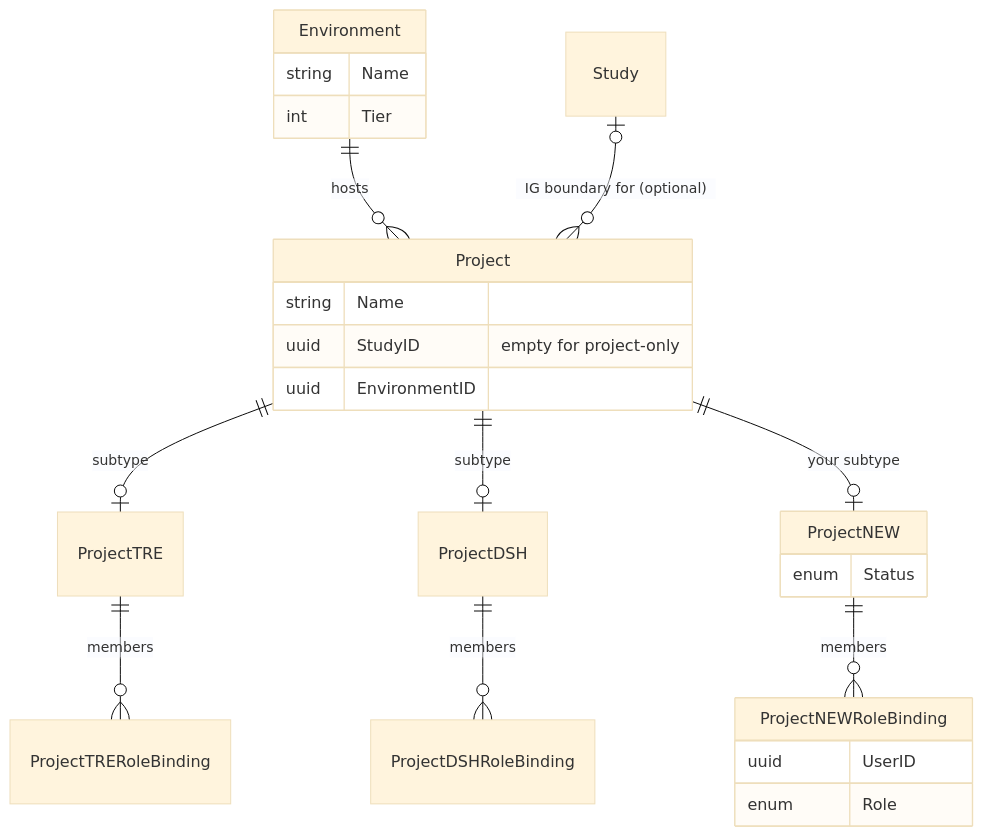
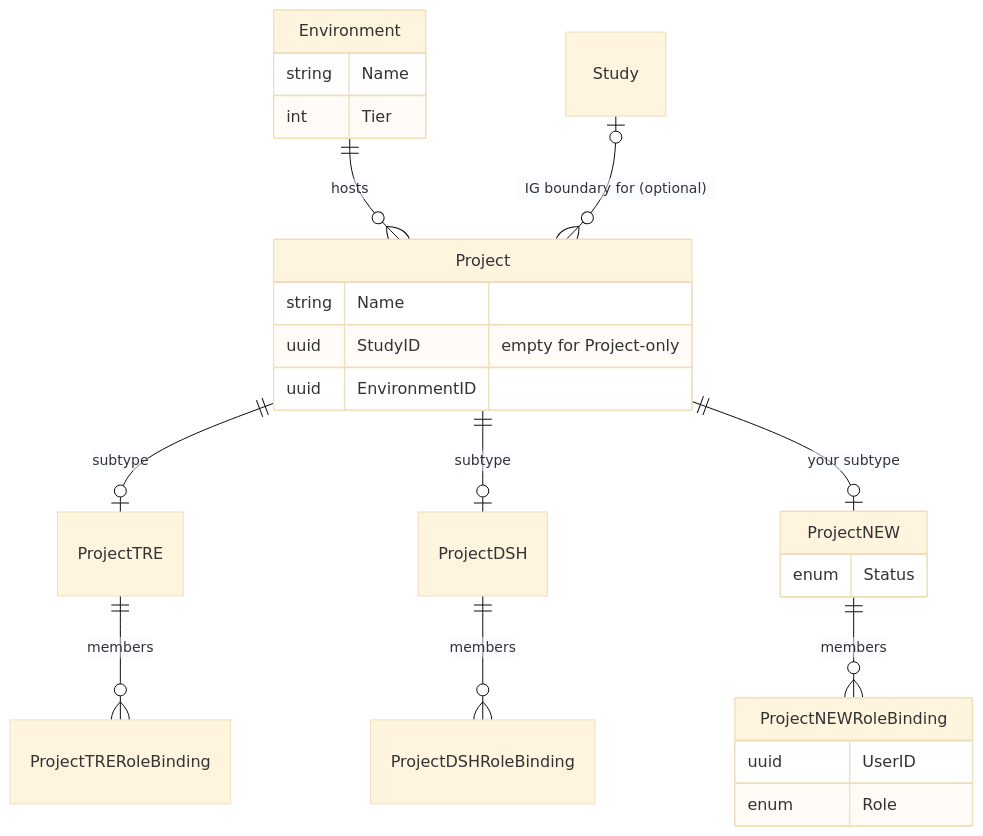
The diagram in docs/Service-Onboarding.md (ucl-arc-tre/portal), drawn with Mermaid (base theme) before and after one commit. The commit also changed other lines of this file, not shown here.

````diff
--- a/docs/Service-Onboarding.md
+++ b/docs/Service-Onboarding.md
@@ -118,28 +118,28 @@
 ```mermaid
 erDiagram
     Environment ||--o{ Project : hosts
     Study |o--o{ Project : "IG boundary for (optional)"
     Project ||--o| ProjectTRE : subtype
     ProjectTRE ||--o{ ProjectTRERoleBinding : members
     Project ||--o| ProjectDSH : subtype
     ProjectDSH ||--o{ ProjectDSHRoleBinding : members
     Project ||--o| ProjectNEW : "your subtype"
     ProjectNEW ||--o{ ProjectNEWRoleBinding : members
 
     Environment {
         string Name
         int Tier
     }
     Project {
         string Name
-        uuid StudyID "empty for project-only"
+        uuid StudyID "empty for Project-only"
         uuid EnvironmentID
     }
     ProjectNEW {
         enum Status
     }
     ProjectNEWRoleBinding {
         uuid UserID
         enum Role
     }
 ```
````
